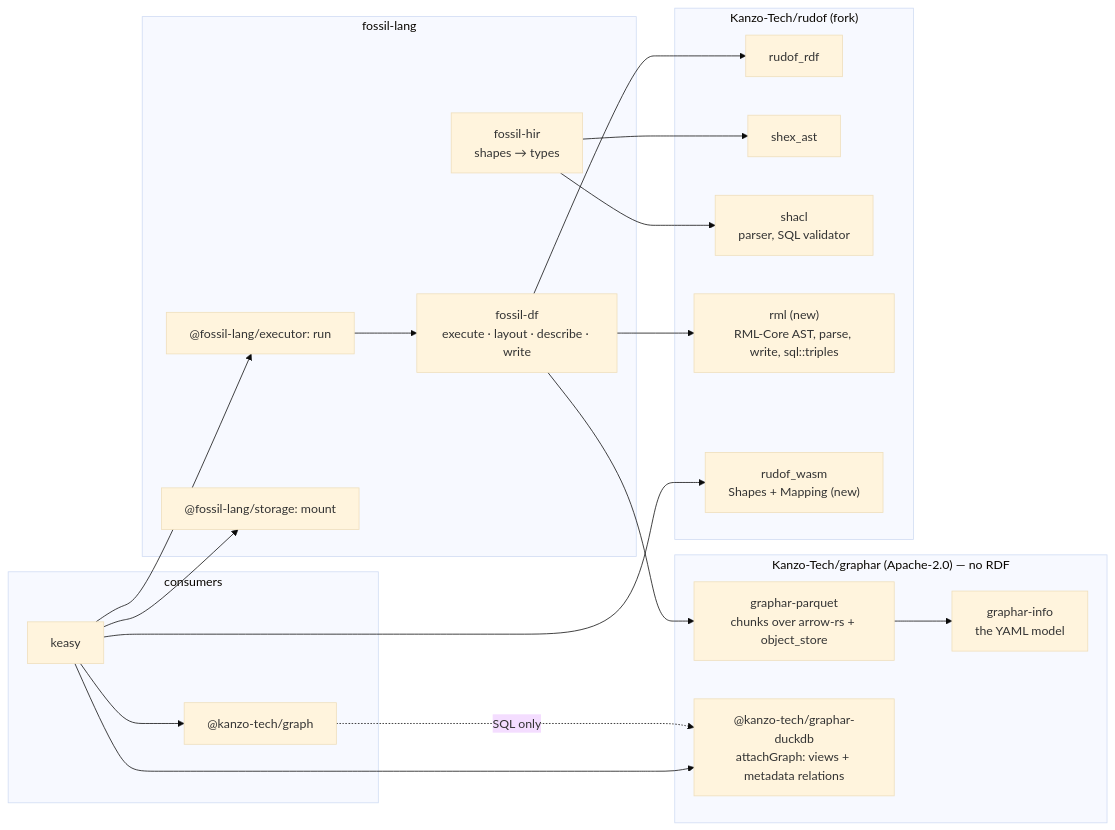
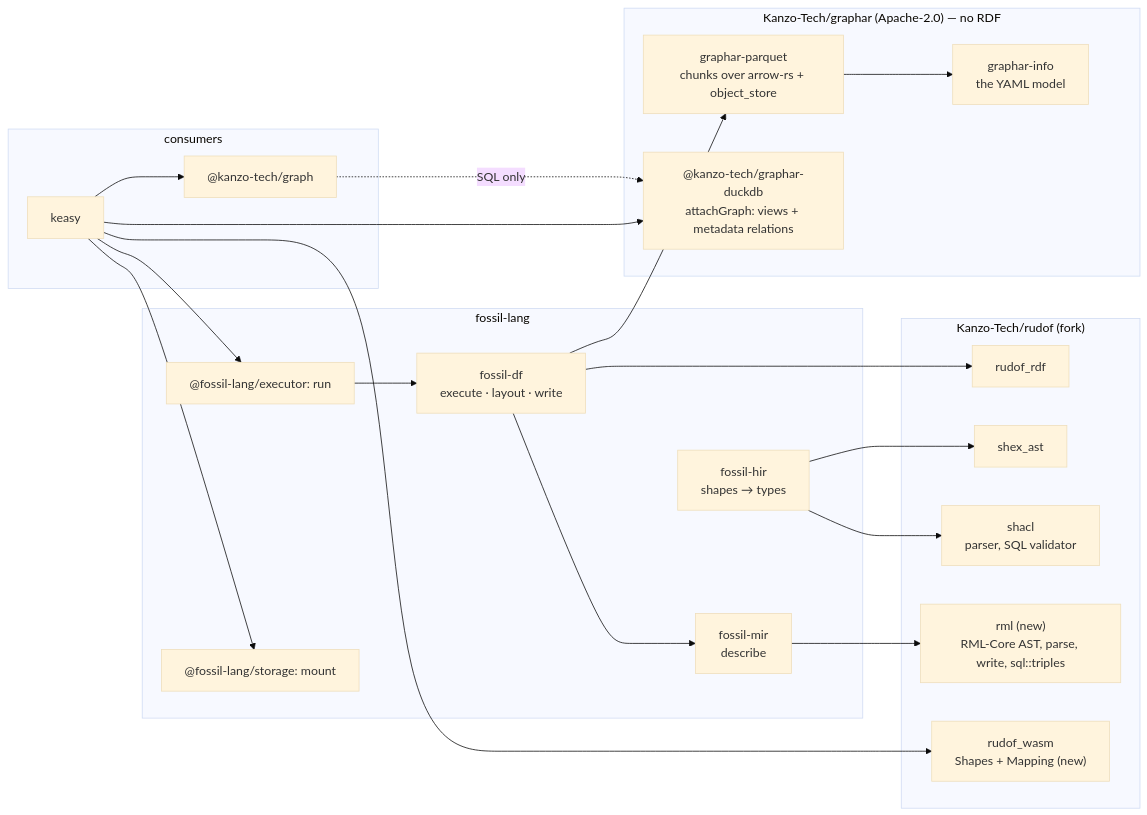
Before and after one commit to Kanzo-Tech/fossil-lang: the diagram in docs/content/docs/design/graphar.mdx, drawn with Mermaid (base theme). The commit also changed other lines of this file and 111 other files, not shown here.

First line of the commit message:
Rename corpus to graph; describe before a run; profiles named by binding; DUCKDB_TYPES (#52)

````diff
--- a/docs/content/docs/design/graphar.mdx
+++ b/docs/content/docs/design/graphar.mdx
@@ -40,38 +40,40 @@
 ```mermaid
 flowchart LR
   subgraph G["Kanzo-Tech/graphar (Apache-2.0) — no RDF"]
     info["graphar-info<br/>the YAML model"]
     pq["graphar-parquet<br/>chunks over arrow-rs + object_store"]
     js["@kanzo-tech/graphar-duckdb<br/>attachGraph: views + metadata relations"]
   end
   subgraph R["Kanzo-Tech/rudof (fork)"]
     rdf["rudof_rdf"]
     shex["shex_ast"]
     shacl["shacl<br/>parser, SQL validator"]
     rml["rml (new)<br/>RML-Core AST, parse, write, sql::triples"]
     rw["rudof_wasm<br/>Shapes + Mapping (new)"]
   end
   subgraph F["fossil-lang"]
     hir["fossil-hir<br/>shapes → types"]
-    df["fossil-df<br/>execute · layout · describe · write"]
+    mir["fossil-mir<br/>describe"]
+    df["fossil-df<br/>execute · layout · write"]
     exe["@fossil-lang/executor: run"]
     st["@fossil-lang/storage: mount"]
   end
   subgraph D["consumers"]
     ui["@kanzo-tech/graph"]
     keasy["keasy"]
   end
   pq --> info
   hir --> shex
   hir --> shacl
   df --> pq
-  df --> rml
+  df --> mir
+  mir --> rml
   df --> rdf
   exe --> df
   ui -. SQL only .-> js
   keasy --> exe
   keasy --> st
   keasy --> js
   keasy --> rw
   keasy --> ui
 ```
````
